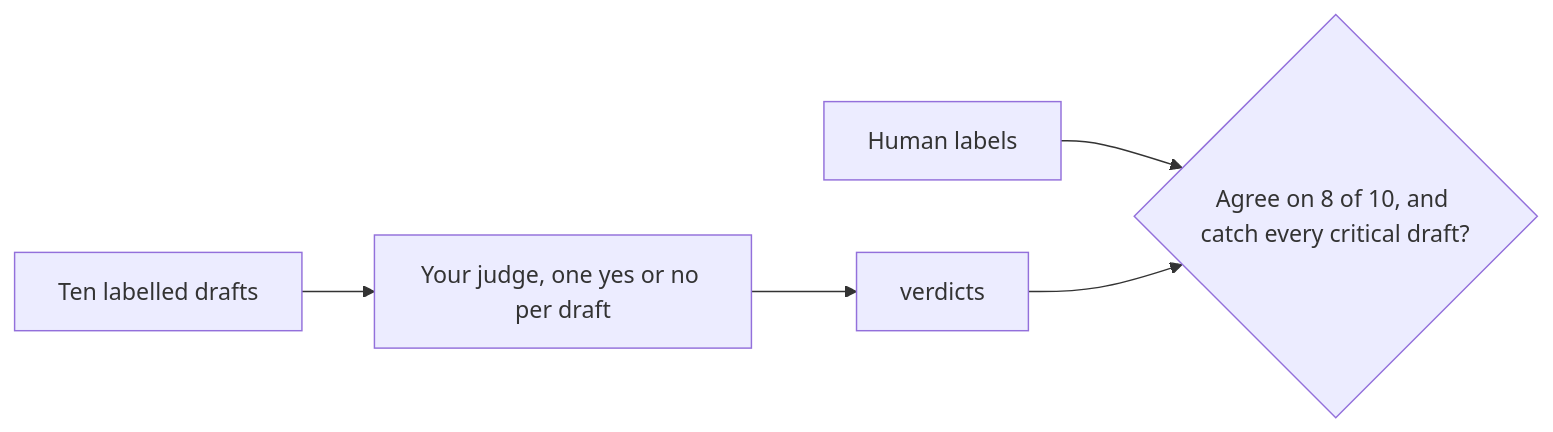
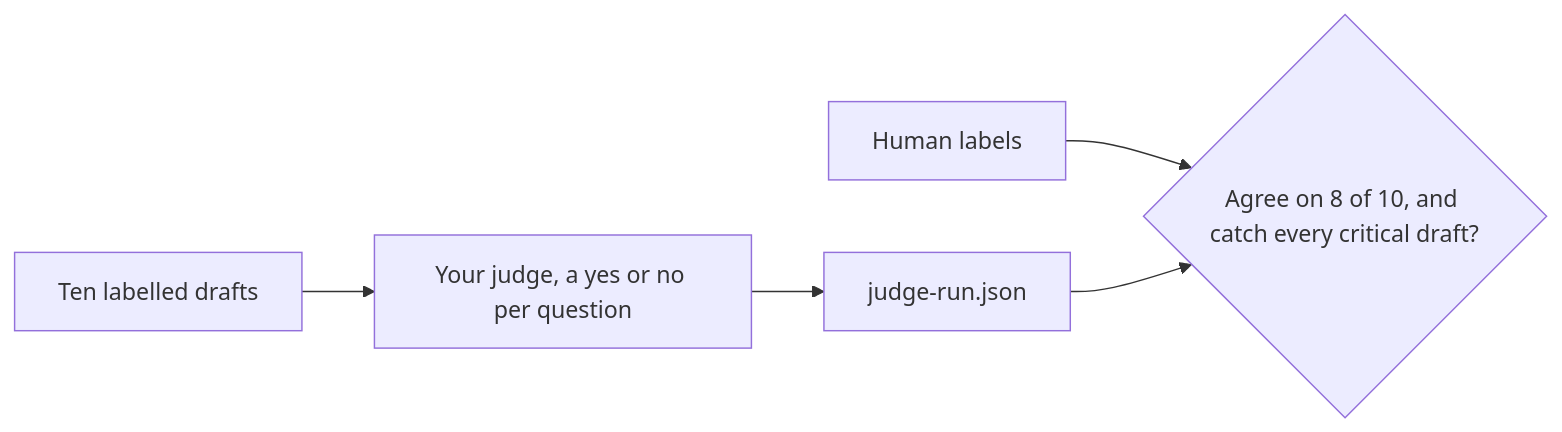
The diagram in parts/04-operate/11-judge-what-code-cannot-check/problem/README.md (learnwithparam/agentic-ai-buildcamp), drawn with Mermaid before and after one commit. The commit also changed other lines of this file and 119 other files, not shown here.

Commit message:
Sync template checks, make the judge step score a saved judge run, add the capstone folder, drop the picks note

````diff
--- a/parts/04-operate/11-judge-what-code-cannot-check/problem/README.md
+++ b/parts/04-operate/11-judge-what-code-cannot-check/problem/README.md
@@ -10,7 +10,7 @@
 ```mermaid
 flowchart LR
-  D[Ten labelled drafts] --> J[Your judge, one yes or no per draft]
-  J --> V[verdicts]
+  D[Ten labelled drafts] --> J[Your judge, a yes or no per question]
+  J --> V[judge-run.json]
   H[Human labels] --> C{Agree on 8 of 10, and catch every critical draft?}
   V --> C
 ```
````
